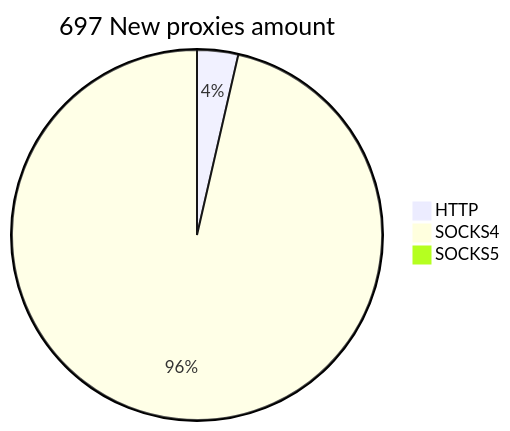
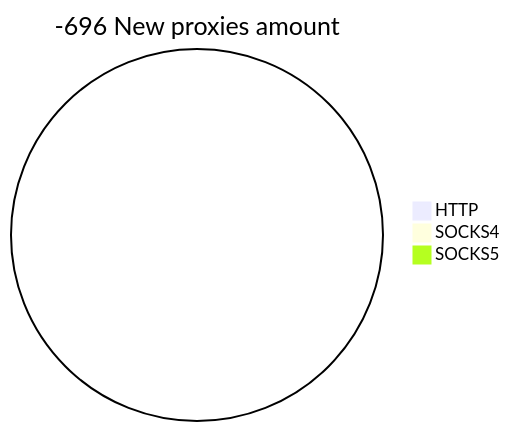
Before and after one commit to cutipu/proxylist: the second of 2 diagrams in README.md, drawn with Mermaid. The commit also changed other lines of this file, not shown here.

````diff
--- a/README.md
+++ b/README.md
@@ -10,6 +10,6 @@
 ```mermaid
-pie title 697 New proxies amount
-    "HTTP" : 25
-    "SOCKS4" : 672
+pie title -696 New proxies amount
+    "HTTP" : 0
+    "SOCKS4" : 0
     "SOCKS5" : 0
 ```
````
